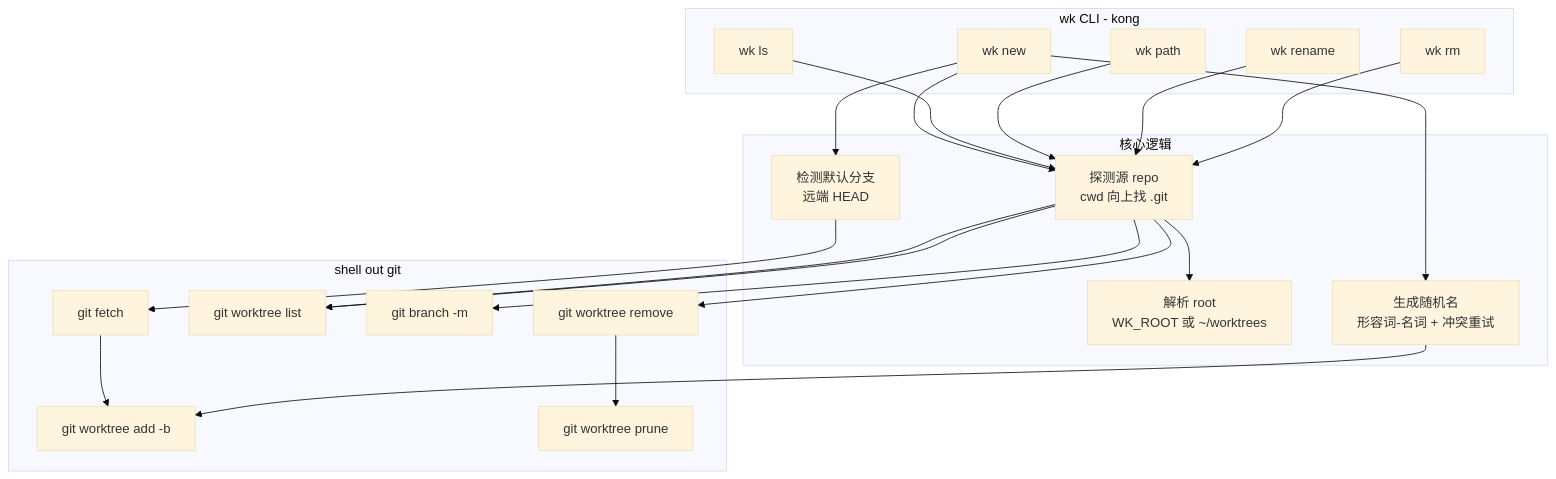
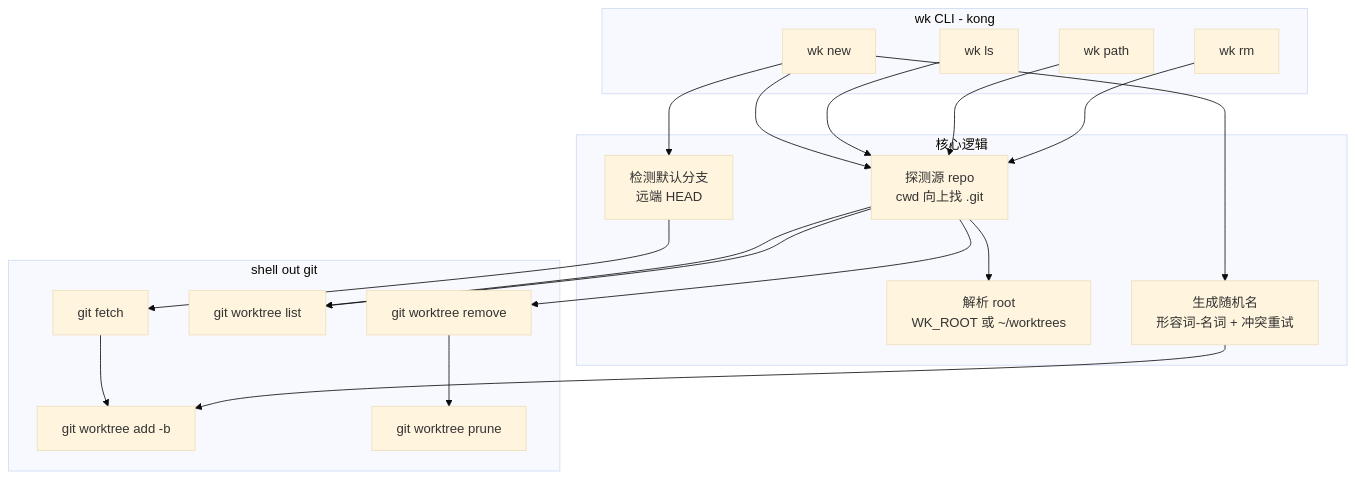
Before and after one commit to fannheyward/wk: the diagram in docs/plan/wk-cli-plan.md, drawn with Mermaid (base theme). The commit also changed other lines of this file and 6 other files, not shown here.

First line of the commit message:
Remove wk rename; dir name and branch name stay identical

````diff
--- a/docs/plan/wk-cli-plan.md
+++ b/docs/plan/wk-cli-plan.md
@@ -41,34 +42,31 @@
 ```mermaid
 flowchart TD
     subgraph CLI[wk CLI - kong]
         NEW[wk new]
         LS[wk ls]
         PATH[wk path]
-        REN[wk rename]
         RM[wk rm]
     end
 
     subgraph CORE[核心逻辑]
         REPO[探测源 repo\ncwd 向上找 .git]
         ROOT[解析 root\nWK_ROOT 或 ~/worktrees]
         NAME[生成随机名\n形容词-名词 + 冲突重试]
         DEF[检测默认分支\n远端 HEAD]
     end
 
     subgraph GIT[shell out git]
         FETCH[git fetch]
         ADD[git worktree add -b]
         WTLS[git worktree list]
-        BR[git branch -m]
         REMOVE[git worktree remove]
         PRUNE[git worktree prune]
     end
 
     NEW --> REPO --> ROOT
     NEW --> DEF --> FETCH --> ADD
     NEW --> NAME --> ADD
     LS --> REPO --> WTLS
     PATH --> REPO --> WTLS
-    REN --> REPO --> BR
     RM --> REPO --> REMOVE --> PRUNE
 ```
````
